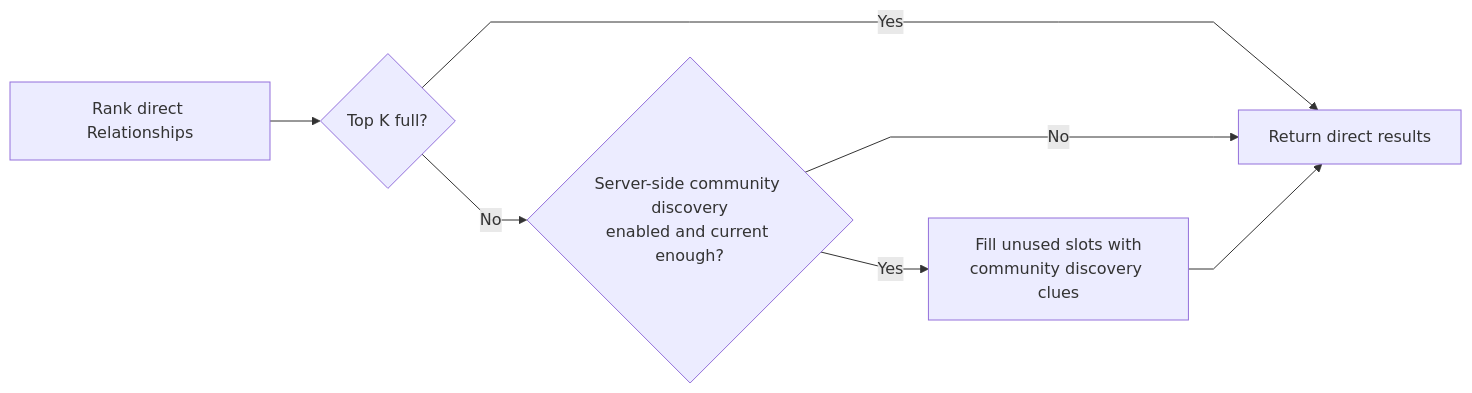
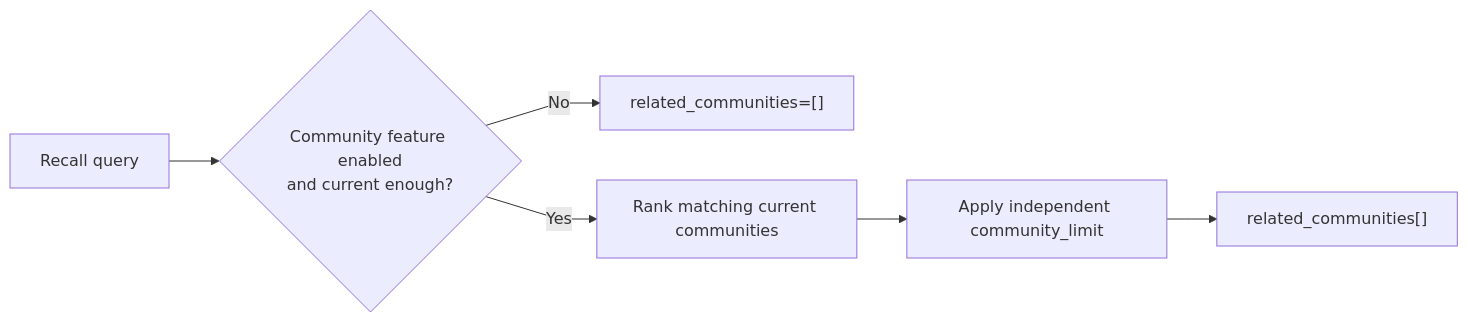
The third of 4 diagrams in Community-And-Dreaming.md (markhuangai/dense-mem), drawn with Mermaid before and after one commit. The commit also changed other lines of this file and 27 other files, not shown here.

Commit message:
Document tier-free Relationship architecture

````diff
--- a/Community-And-Dreaming.md
+++ b/Community-And-Dreaming.md
@@ -140,10 +141,9 @@
 ```mermaid
 %%{init: {"flowchart": {"curve": "linear"}}}%%
 flowchart LR
-  Direct["Rank direct Relationships"] --> Full{"Top K full?"}
-  Full -- Yes --> Return["Return direct results"]
-  Full -- No --> Enabled{"Server-side community discovery<br/>enabled and current enough?"}
-  Enabled -- No --> Return
-  Enabled -- Yes --> Fill["Fill unused slots with<br/>community discovery clues"]
-  Fill --> Return
+  Query["Recall query"] --> Enabled{"Community feature enabled<br/>and current enough?"}
+  Enabled -- No --> Empty["related_communities=[]"]
+  Enabled -- Yes --> Rank["Rank matching current communities"]
+  Rank --> Limit["Apply independent community_limit"]
+  Limit --> Return["related_communities[]"]
 ```
````
